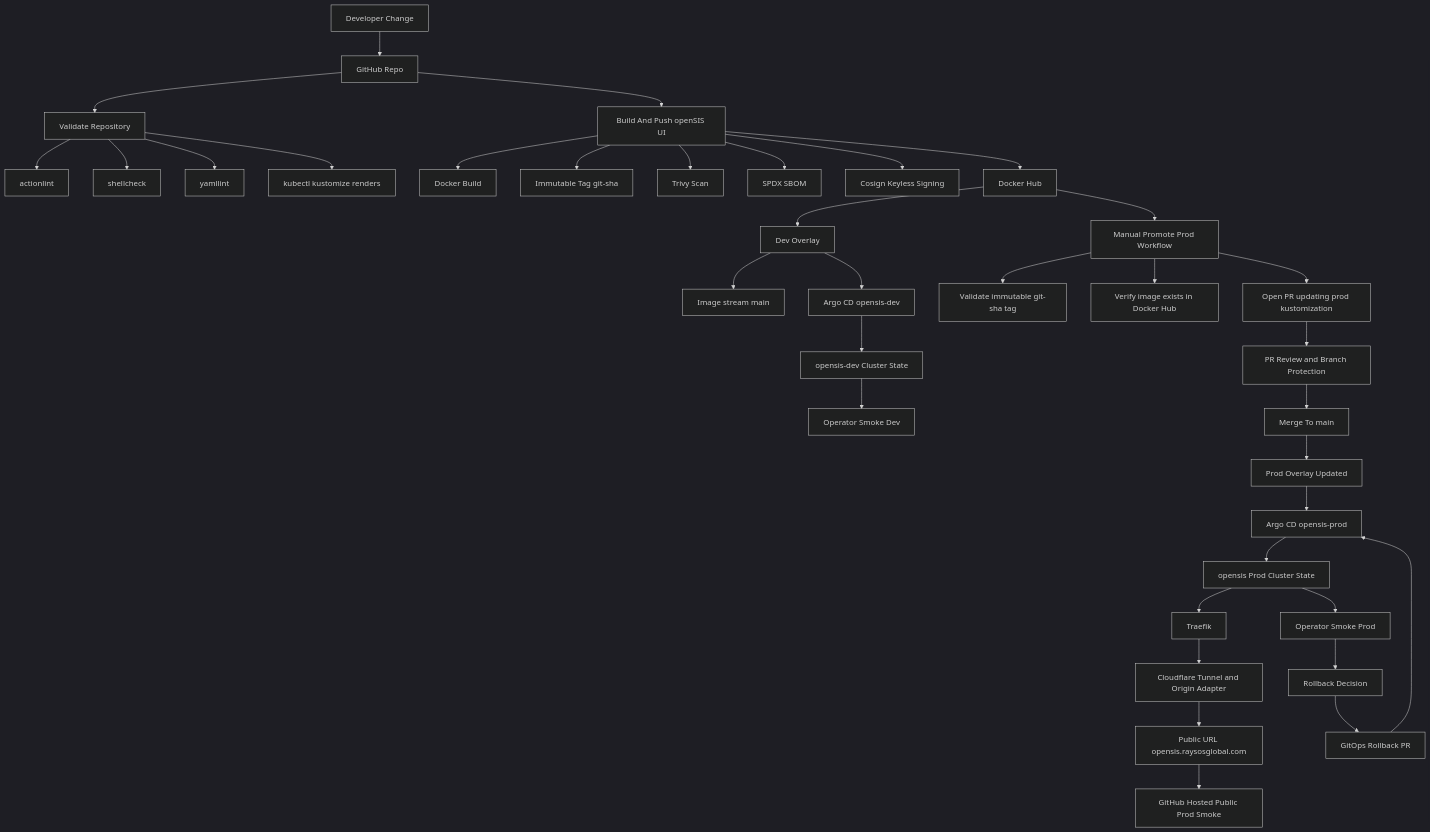
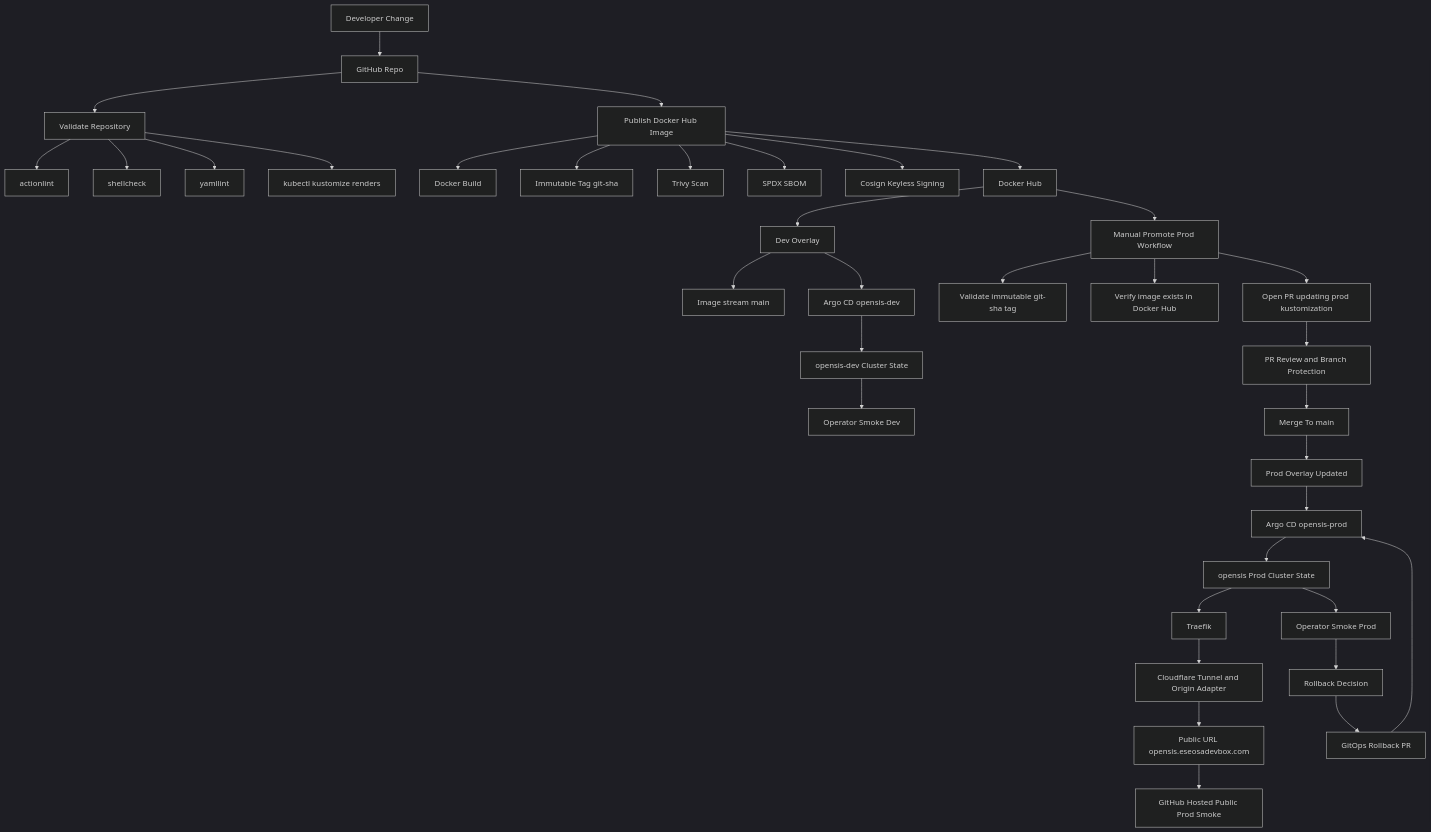
Before and after one commit to eseosaiyangbe/OpenSIS: the first of 2 diagrams in k8s-legacy-platform/PRODUCTION_GRADE_CICD_BLUEPRINT.md, drawn with Mermaid (dark theme). The commit also changed other lines of this file and 21 other files, not shown here.

````diff
--- a/k8s-legacy-platform/PRODUCTION_GRADE_CICD_BLUEPRINT.md
+++ b/k8s-legacy-platform/PRODUCTION_GRADE_CICD_BLUEPRINT.md
@@ -166,46 +166,46 @@
 ```mermaid
 flowchart TD
     A[Developer Change] --> B[GitHub Repo]
 
     B --> C[Validate Repository]
     C --> C1[actionlint]
     C --> C2[shellcheck]
     C --> C3[yamllint]
     C --> C4[kubectl kustomize renders]
 
-    B --> D[Build And Push openSIS UI]
+    B --> D[Publish Docker Hub Image]
     D --> D1[Docker Build]
     D --> D2[Immutable Tag git-sha]
     D --> D3[Trivy Scan]
     D --> D4[SPDX SBOM]
     D --> D5[Cosign Keyless Signing]
     D --> E[Docker Hub]
 
     E --> F[Dev Overlay]
     F --> F1[Image stream main]
     F --> G[Argo CD opensis-dev]
     G --> H[opensis-dev Cluster State]
 
     E --> I[Manual Promote Prod Workflow]
     I --> I1[Validate immutable git-sha tag]
     I --> I2[Verify image exists in Docker Hub]
     I --> I3[Open PR updating prod kustomization]
 
     I3 --> J[PR Review and Branch Protection]
     J --> K[Merge To main]
     K --> L[Prod Overlay Updated]
     L --> M[Argo CD opensis-prod]
     M --> N[opensis Prod Cluster State]
 
     N --> O[Traefik]
     O --> P[Cloudflare Tunnel and Origin Adapter]
-    P --> Q[Public URL opensis.raysosglobal.com]
+    P --> Q[Public URL opensis.eseosadevbox.com]
 
     H --> R[Operator Smoke Dev]
     N --> S[Operator Smoke Prod]
     Q --> T[GitHub Hosted Public Prod Smoke]
 
     S --> U[Rollback Decision]
     U --> V[GitOps Rollback PR]
     V --> M
 ```
````
